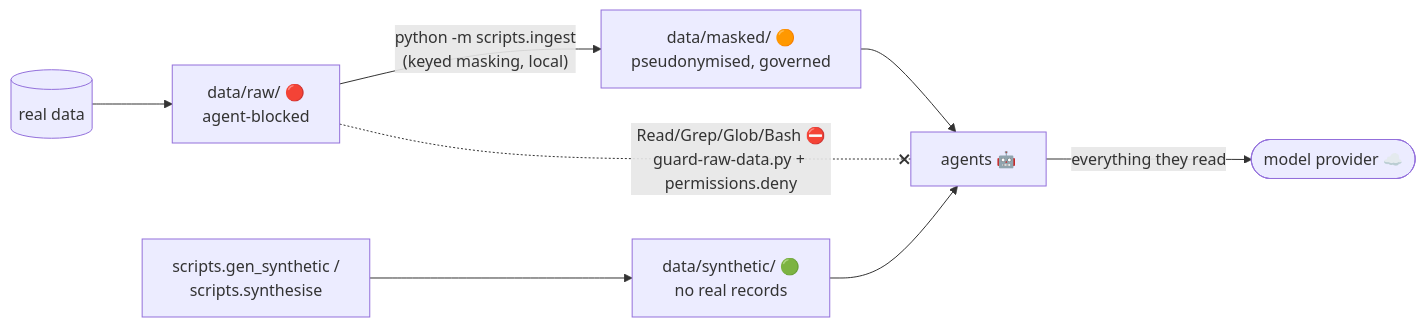
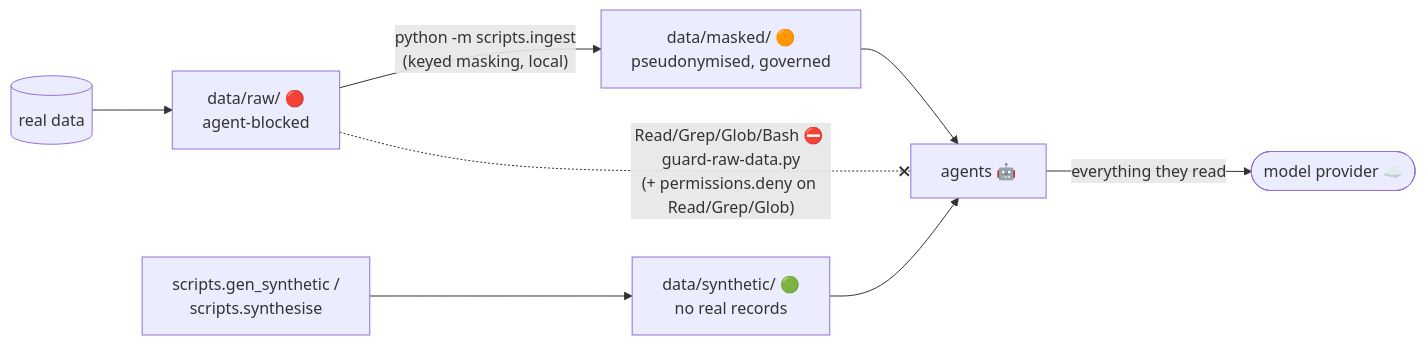
The second of 2 diagrams in README.md (danieledge/virtual-surv-IT), drawn with Mermaid before and after one commit. The commit also changed other lines of this file, not shown here.

````diff
--- a/README.md
+++ b/README.md
@@ -791,10 +798,10 @@
 ```mermaid
 flowchart LR
     Real[(real data)] --> Raw["data/raw/ 🔴<br/>agent-blocked"]
     Raw -- "python -m scripts.ingest<br/>(keyed masking, local)" --> Masked["data/masked/ 🟠<br/>pseudonymised, governed"]
     Gen["scripts.gen_synthetic /<br/>scripts.synthesise"] --> Synth["data/synthetic/ 🟢<br/>no real records"]
     Masked --> Agents[agents 🤖]
     Synth --> Agents
     Agents -- "everything they read" --> Provider([model provider ☁️])
-    Raw -. "Read/Grep/Glob/Bash ⛔<br/>guard-raw-data.py + permissions.deny" .-x Agents
+    Raw -. "Read/Grep/Glob/Bash ⛔ guard-raw-data.py<br/>(+ permissions.deny on Read/Grep/Glob)" .-x Agents
 ```
````
